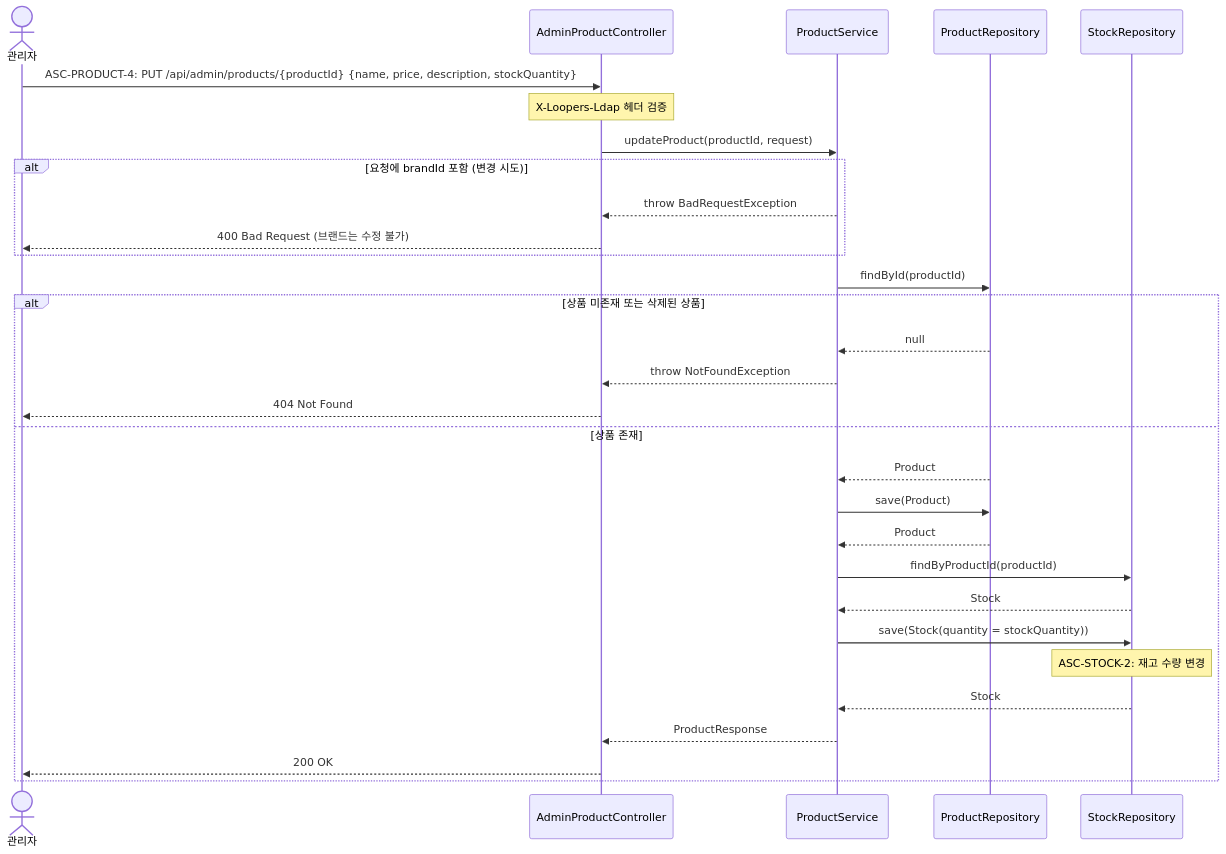
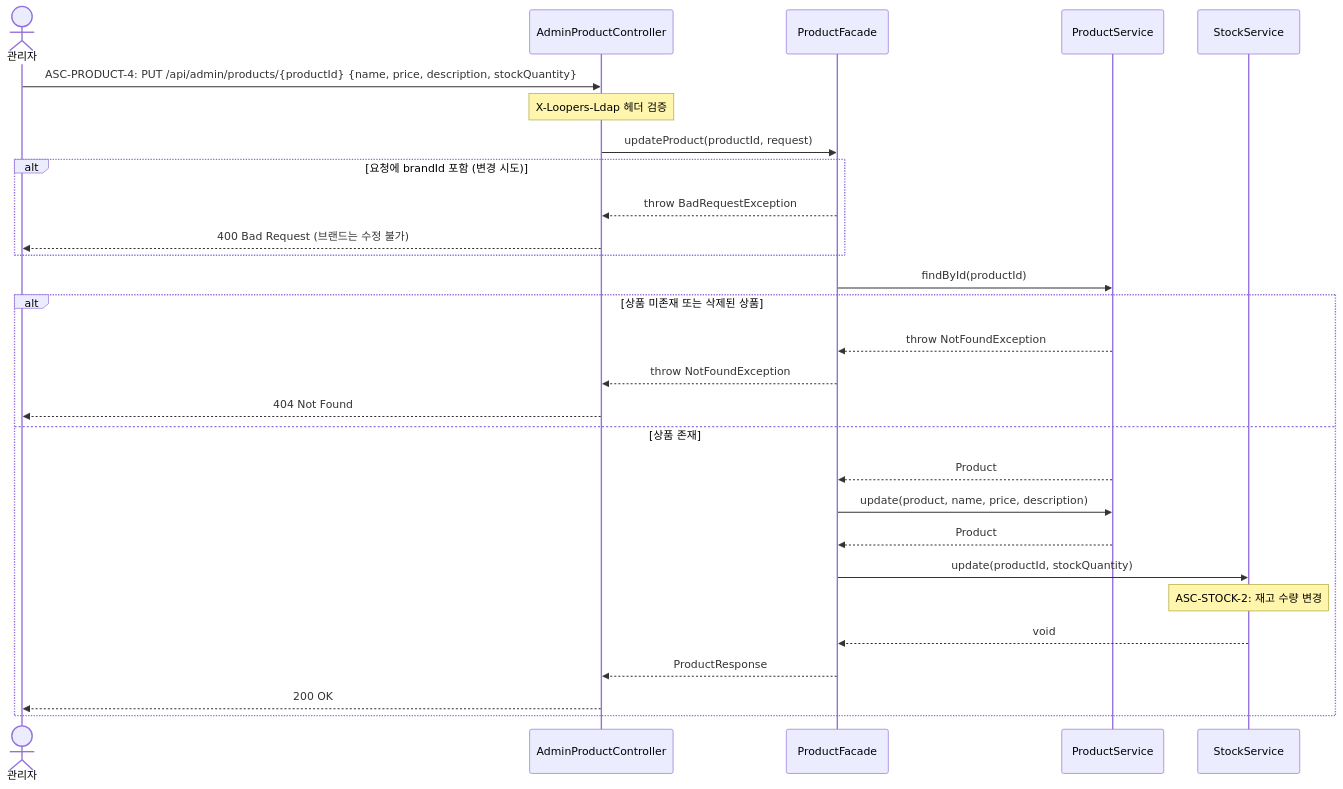
Diagram 18 of 41 in docs/02-sequence-diagrams.md (loopers-labs/loop-pack-be-l2-vol4-kotlin), drawn with Mermaid before and after one commit. The commit also changed other lines of this file and 2 other files, not shown here.

Commit message:
:memo: 3차 클래스 다이어그램 일단 완료

````diff
--- a/docs/02-sequence-diagrams.md
+++ b/docs/02-sequence-diagrams.md
@@ -562,37 +568,35 @@
 ```mermaid
 sequenceDiagram
     actor Admin as 관리자
     participant Controller as AdminProductController
-    participant Service as ProductService
-    participant ProductRepo as ProductRepository
-    participant StockRepo as StockRepository
+    participant Facade as ProductFacade
+    participant ProductService as ProductService
+    participant StockService as StockService
 
     Admin->>Controller: ASC-PRODUCT-4: PUT /api/admin/products/{productId} {name, price, description, stockQuantity}
     Note over Controller: X-Loopers-Ldap 헤더 검증
 
-    Controller->>Service: updateProduct(productId, request)
+    Controller->>Facade: updateProduct(productId, request)
 
     alt 요청에 brandId 포함 (변경 시도)
-        Service-->>Controller: throw BadRequestException
+        Facade-->>Controller: throw BadRequestException
         Controller-->>Admin: 400 Bad Request (브랜드는 수정 불가)
     end
 
-    Service->>ProductRepo: findById(productId)
+    Facade->>ProductService: findById(productId)
 
     alt 상품 미존재 또는 삭제된 상품
-        ProductRepo-->>Service: null
-        Service-->>Controller: throw NotFoundException
+        ProductService-->>Facade: throw NotFoundException
+        Facade-->>Controller: throw NotFoundException
         Controller-->>Admin: 404 Not Found
     else 상품 존재
-        ProductRepo-->>Service: Product
-        Service->>ProductRepo: save(Product)
-        ProductRepo-->>Service: Product
-        Service->>StockRepo: findByProductId(productId)
-        StockRepo-->>Service: Stock
-        Service->>StockRepo: save(Stock(quantity = stockQuantity))
-        Note over StockRepo: ASC-STOCK-2: 재고 수량 변경
-        StockRepo-->>Service: Stock
-        Service-->>Controller: ProductResponse
+        ProductService-->>Facade: Product
+        Facade->>ProductService: update(product, name, price, description)
+        ProductService-->>Facade: Product
+        Facade->>StockService: update(productId, stockQuantity)
+        Note over StockService: ASC-STOCK-2: 재고 수량 변경
+        StockService-->>Facade: void
+        Facade-->>Controller: ProductResponse
         Controller-->>Admin: 200 OK
     end
 ```
````
